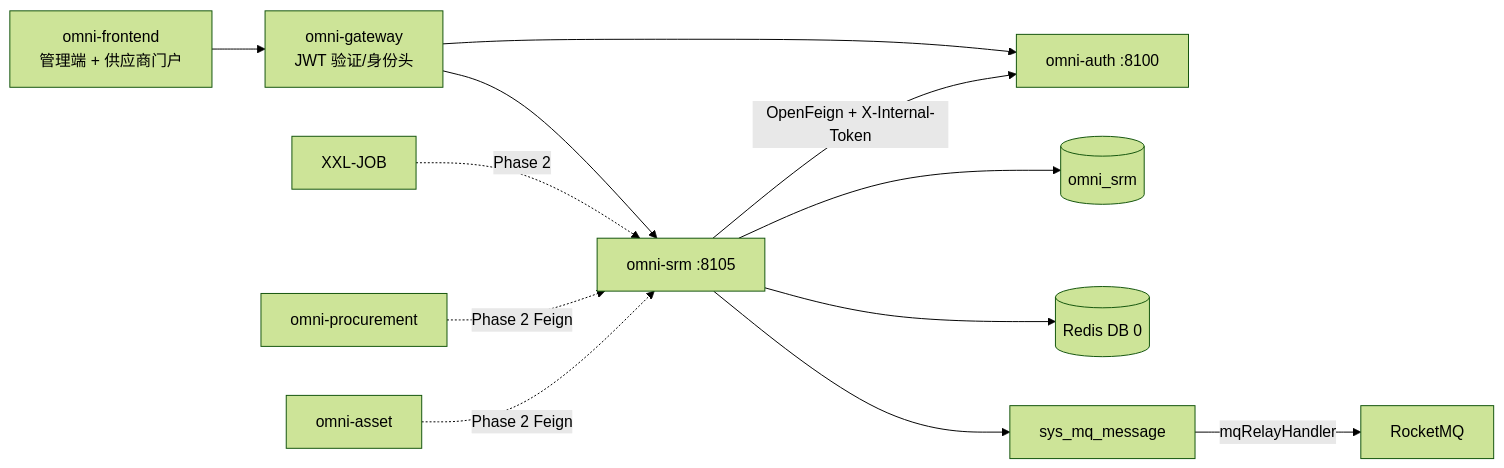
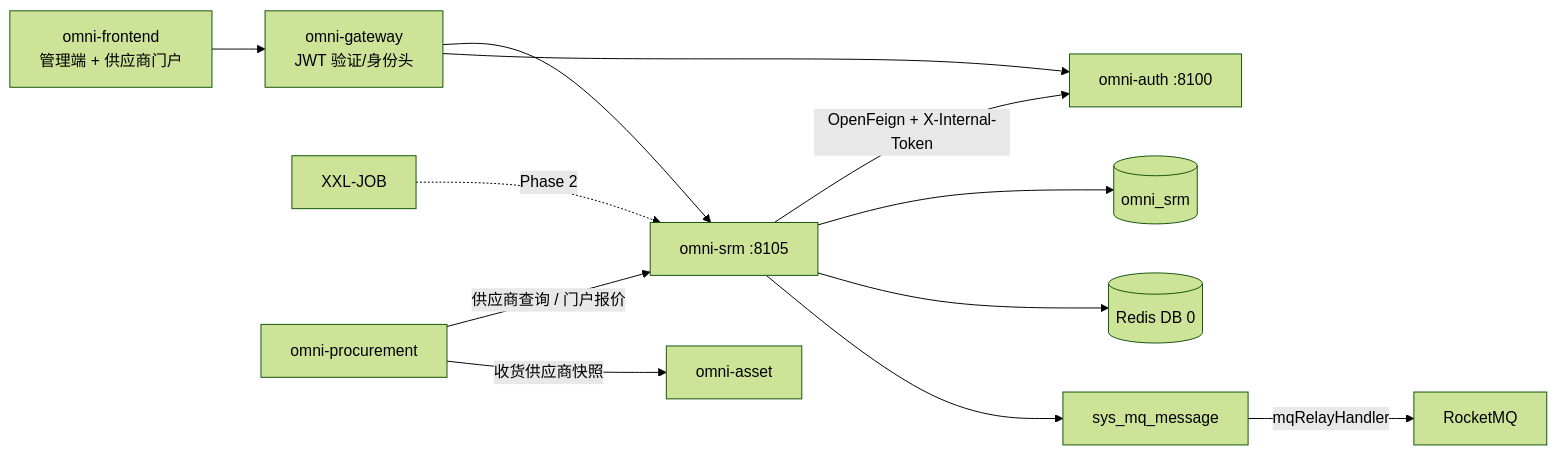
The first of 5 diagrams in docs/design/srm-design.md (wang-baohai/Omni-Stack), drawn with Mermaid (forest theme) before and after one commit. The commit also changed other lines of this file and 591 other files, not shown here.

````diff
--- a/docs/design/srm-design.md
+++ b/docs/design/srm-design.md
@@ -68,14 +69,14 @@
 ```mermaid
 flowchart LR
     UI["omni-frontend<br/>管理端 + 供应商门户"] --> GW["omni-gateway<br/>JWT 验证/身份头"]
     GW --> SRM["omni-srm :8105"]
     GW --> AUTH["omni-auth :8100"]
     SRM -->|"OpenFeign + X-Internal-Token"| AUTH
     SRM --> DB[("omni_srm")]
     SRM --> R[("Redis DB 0")]
     SRM --> O["sys_mq_message"]
     O -->|"mqRelayHandler"| MQ["RocketMQ"]
     XXL["XXL-JOB"] -. "Phase 2" .-> SRM
-    PROC["omni-procurement"] -. "Phase 2 Feign" .-> SRM
-    ASSET["omni-asset"] -. "Phase 2 Feign" .-> SRM
+    PROC["omni-procurement"] -->|"供应商查询 / 门户报价"| SRM
+    PROC -->|"收货供应商快照"| ASSET["omni-asset"]
 ```
````
